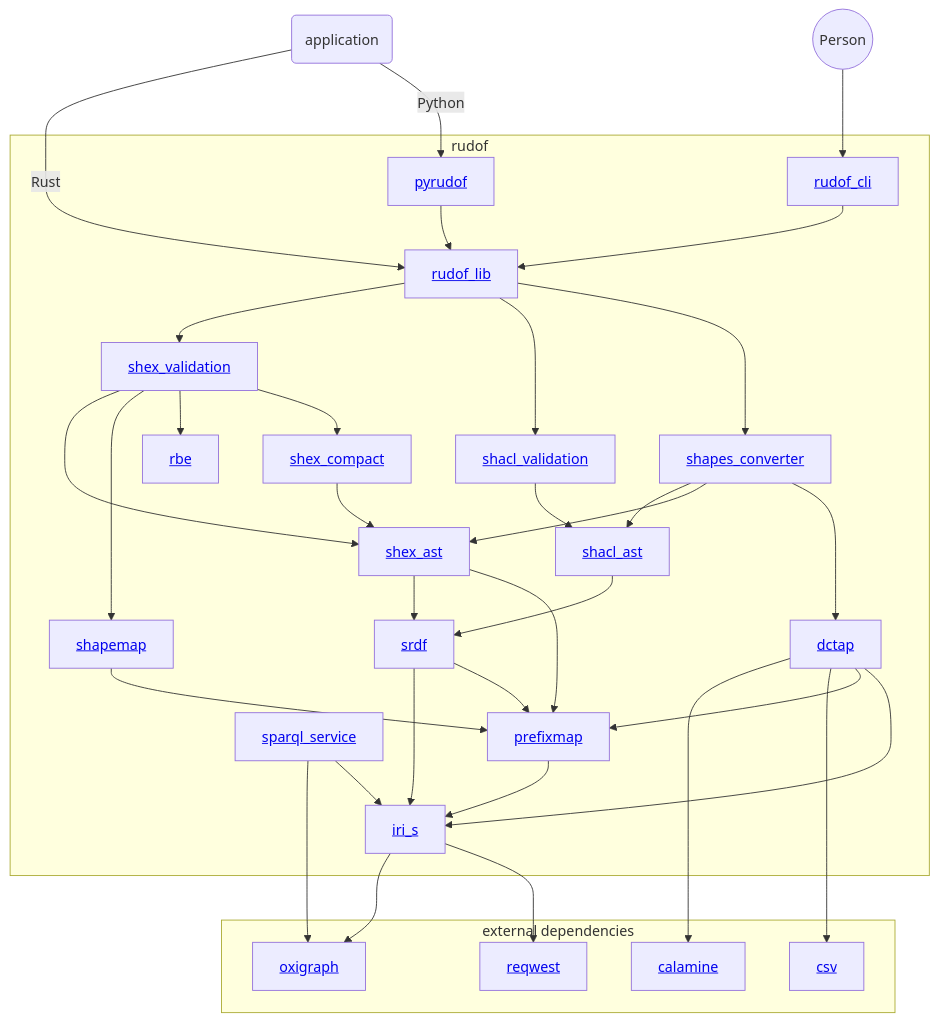
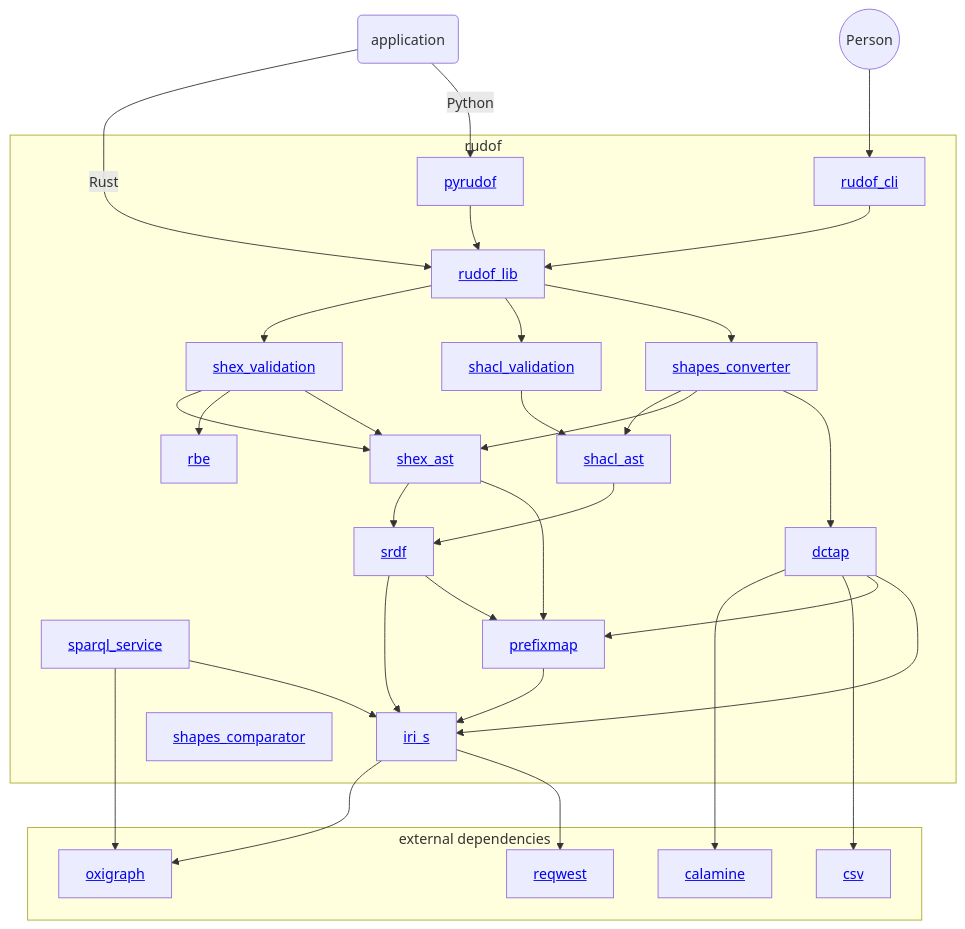
Before and after one commit to rudof-project/rudof: the diagram in docs/src/overview.md, drawn with Mermaid. The commit also changed 30 other files, not shown here.

````diff
--- a/docs/src/overview.md
+++ b/docs/src/overview.md
@@ -25,61 +25,57 @@
 ```mermaid
 graph TD;
  user((Person)) --> rudof_cli;
  application(application);
  application -->|Rust| rudof_lib ;
  application --> |Python| pyrudof ;
  iri_s --> oxigraph;
  iri_s --> reqwest ;
  dctap --> calamine ;
  dctap --> csv ;
  sparql_service --> oxigraph ;
 subgraph rudof
     rudof_lib[<a href='https://crates.io/crates/rudof_lib'>rudof_lib</a>];
     rudof_cli[<a href='https://crates.io/crates/rudof_cli'>rudof_cli</a>];
     pyrudof[<a href='https://pypi.org/project/pyrudof/'>pyrudof</a>];
     shex_ast[<a href='https://crates.io/crates/shex_ast'>shex_ast</a>];
     srdf[<a href='https://crates.io/crates/srdf'>srdf</a>];
-    shex_compact[<a href='https://crates.io/crates/shex_compact'>shex_compact</a>];
     shex_validation[<a href='https://crates.io/crates/shex_validation'>shex_validation</a>];
     shacl_validation[<a href='https://crates.io/crates/shacl_validation'>shacl_validation</a>];
     shacl_ast[<a href='https://crates.io/crates/shacl_ast'>shacl_ast</a>];
     iri_s[<a href='https://crates.io/crates/iri_s'>iri_s</a>];
     prefixmap[<a href='https://crates.io/crates/prefixmap'>prefixmap</a>];
-    shapemap[<a href='https://crates.io/crates/shapemap'>shapemap</a>];
     rbe[<a href='https://crates.io/crates/rbe'>rbe</a>];
     shapes_converter[<a href='https://crates.io/crates/shapes_converter'>shapes_converter</a>];
+    shapes_comparator[<a href='https://crates.io/crates/shapes_comparator'>shapes_comparator</a>];
  dctap[<a href='https://crates.io/crates/dctap'>dctap</a>];
  sparql_service[<a href='https://crates.io/crates/sparql_service'>sparql_service</a>];
 
  pyrudof --> rudof_lib ;
  rudof_cli --> rudof_lib ;
  shex_ast --> srdf ;
- shex_compact-->shex_ast;
  shex_validation-->shex_ast;
  srdf-->iri_s;
  shacl_ast-->srdf;
  shacl_validation-->shacl_ast;
- shex_validation-->shapemap;
- shapemap-->prefixmap;
  shex_ast-->prefixmap;
  srdf-->prefixmap;
  shex_validation-->rbe;
  dctap-->prefixmap;
  dctap --> iri_s;
  shapes_converter-->shacl_ast;
  shapes_converter-->shex_ast;
  shapes_converter-->dctap;
  prefixmap --> iri_s ;
- shex_validation --> shex_compact
+ shex_validation --> shex_ast
  sparql_service --> iri_s ;
  rudof_lib --> shex_validation ;
  rudof_lib --> shacl_validation ;
  rudof_lib --> shapes_converter ;
 end
 subgraph external dependencies
  oxigraph[<a href='https://crates.io/crates/oxigraph'>oxigraph</a>] ;
  calamine[<a href='https://docs.rs/calamine/latest/calamine/'>calamine</a>] ;
  reqwest[<a href='https://docs.rs/reqwest/latest/reqwest/'>reqwest</a>] ;
  csv[<a href='https://docs.rs/csv/latest/csv/'>csv</a>] 
 end
 ```
````
